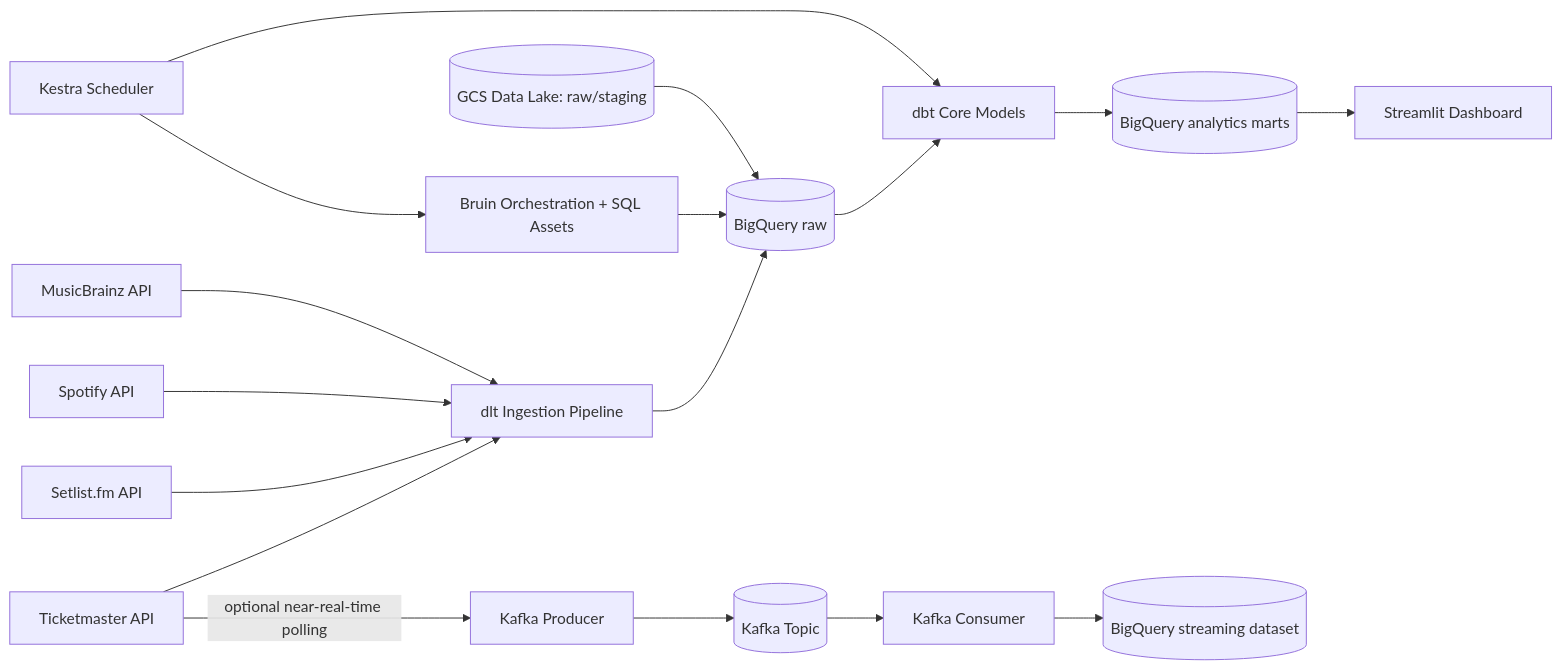
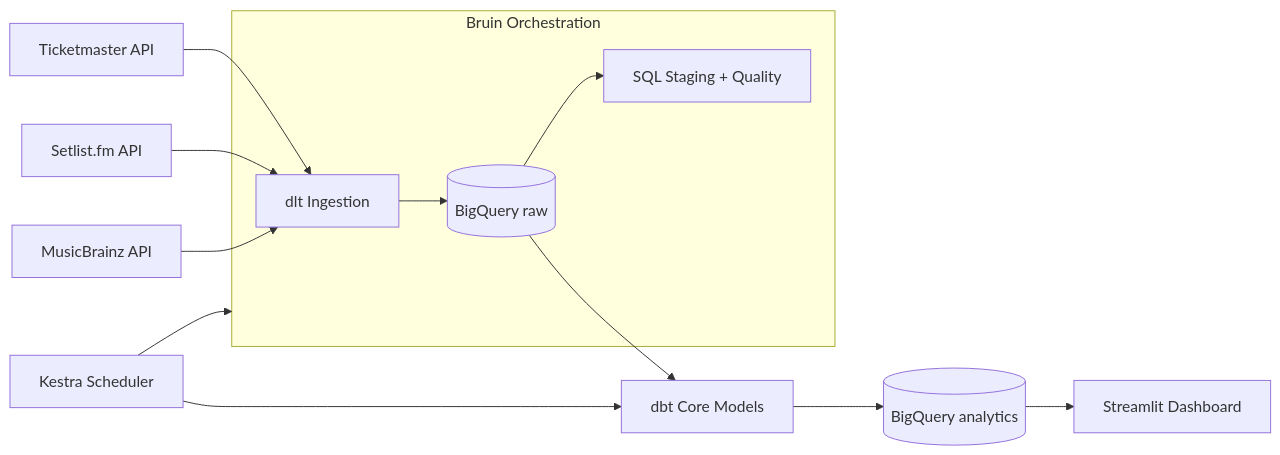
One commit to lorenzoeder/gigwise-analytics changed the diagram in README.md. Above: the diagram before and after it, drawn with Mermaid. The commit also changed other lines of this file and 21 other files, not shown here.

````diff
--- a/README.md
+++ b/README.md
@@ -56,22 +56,18 @@
 ```mermaid
 flowchart LR
-	TM[Ticketmaster API] --> DLT[dlt Ingestion Pipeline]
+	TM[Ticketmaster API] --> DLT[dlt Ingestion]
 	SL[Setlist.fm API] --> DLT
-	SP[Spotify API] --> DLT
 	MB[MusicBrainz API] --> DLT
 
-	DLT --> BQRAW[(BigQuery raw)]
+	subgraph Bruin[Bruin Orchestration]
+		DLT --> BQRAW[(BigQuery raw)]
+		BQRAW --> SQL[SQL Staging + Quality]
+	end
 
-	BR[Bruin Orchestration + SQL Assets] --> BQRAW
-	GCS[(GCS Data Lake: raw/staging)] --> BQRAW
 	BQRAW --> DBT[dbt Core Models]
-	DBT --> BQANA[(BigQuery analytics marts)]
+	DBT --> BQANA[(BigQuery analytics)]
 	BQANA --> ST[Streamlit Dashboard]
 
-	KE[Kestra Scheduler] --> BR
+	KE[Kestra Scheduler] --> Bruin
 	KE --> DBT
-
-	TM -->|optional near-real-time polling| KP[Kafka Producer]
-	KP --> KQ[(Kafka Topic)] --> KC[Kafka Consumer]
-	KC --> BQSTR[(BigQuery streaming dataset)]
 ```
````
